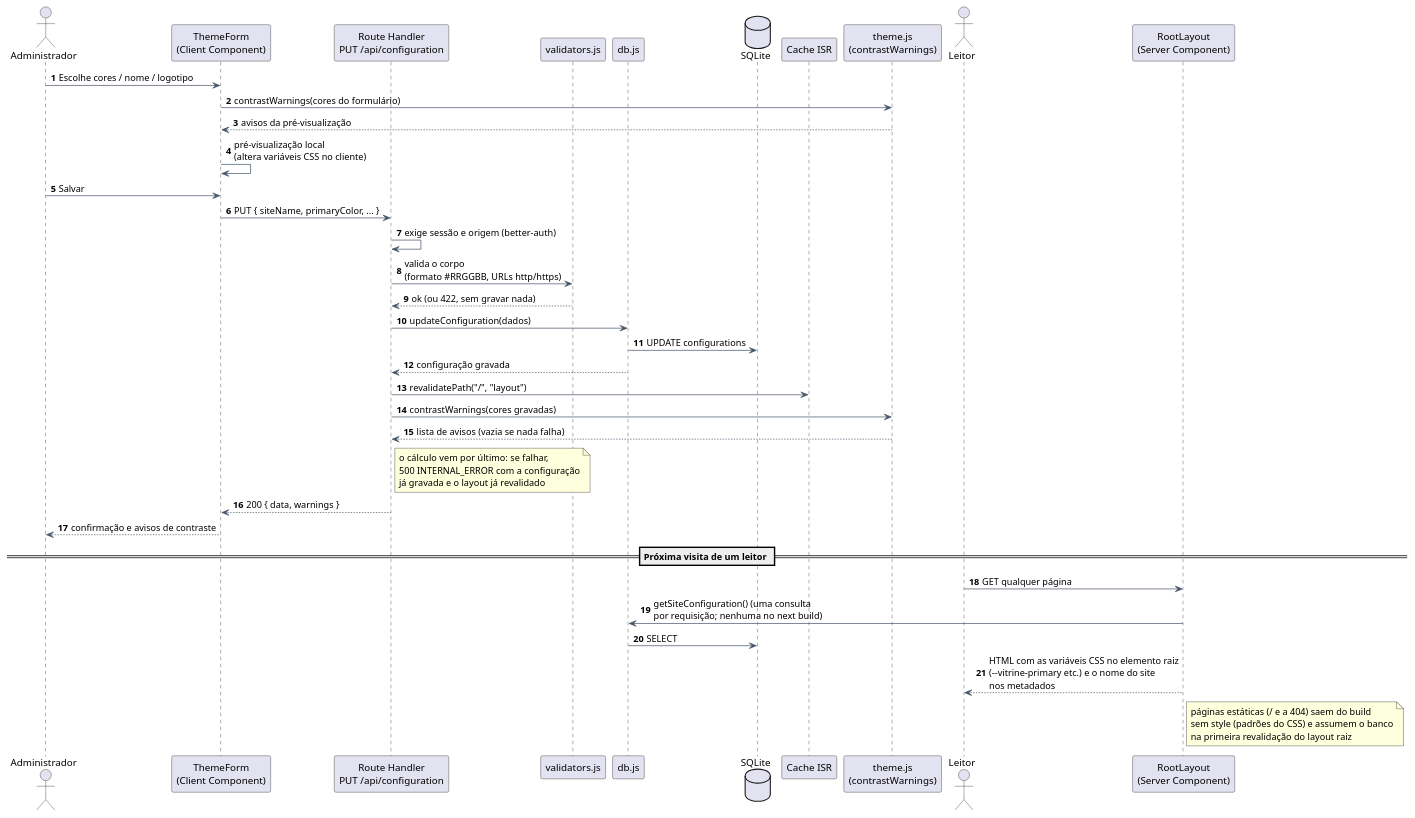
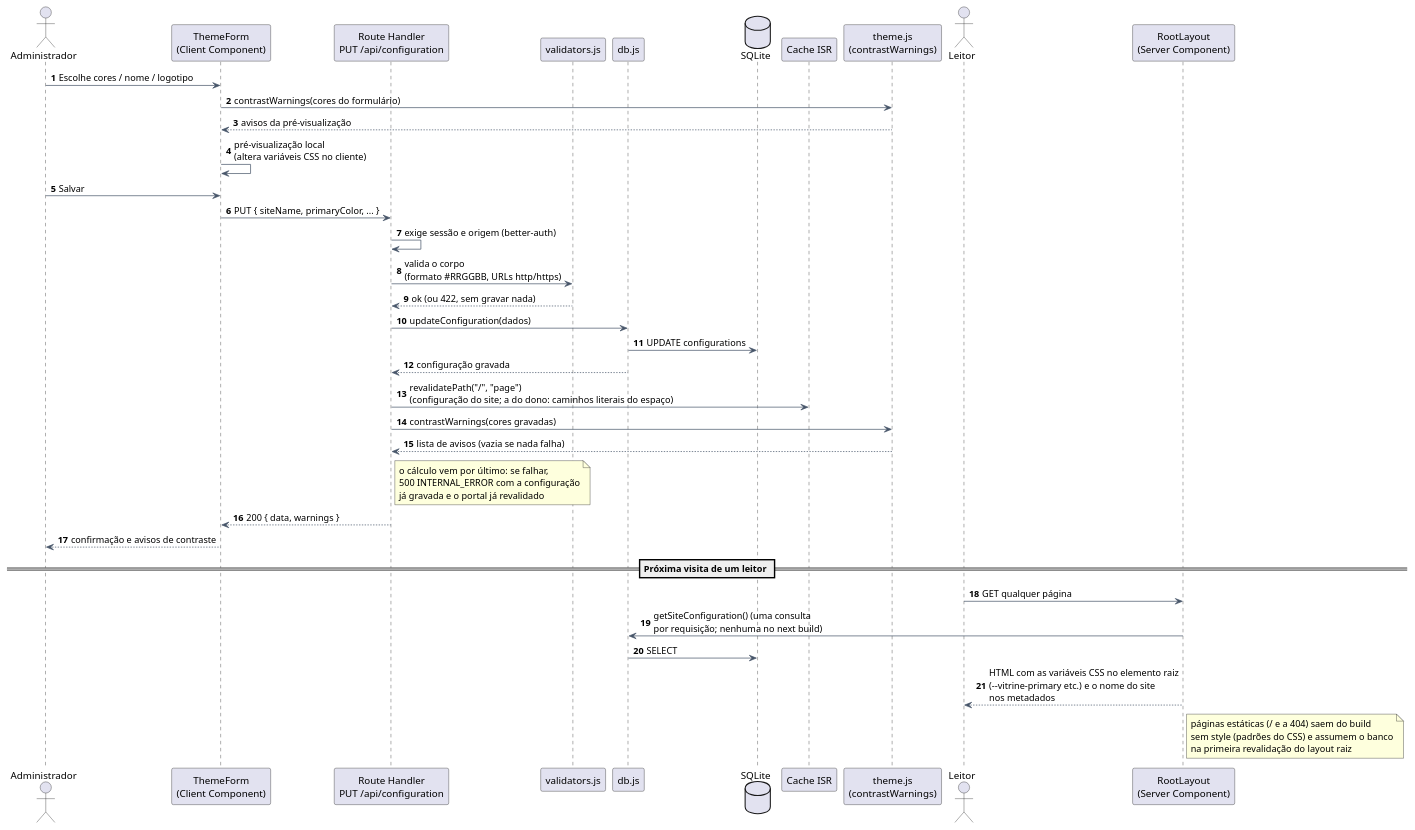
Before and after one commit to fromcaio/vitrine: the diagram in doc/diagrams/src/seq-personalizacao-tema.puml, drawn with PlantUML. The commit also changed 8 other files, not shown here.

First line of the commit message:
docs(cap5,cap6,cap7,adr): reconcilia a moderação, as notificações e a revalidação por espaço (M-015)

```diff
--- a/doc/diagrams/src/seq-personalizacao-tema.puml
+++ b/doc/diagrams/src/seq-personalizacao-tema.puml
@@ -1,51 +1,51 @@
 @startuml seq-personalizacao-tema
 ' ===========================================================================
 ' Vitrine - Sequência: personalização visual (identidade e paleta de cores)
 ' Figura: fig:seq-personalizacao-tema (doc/tex/capitulos/cap5_arquitetura.tex)
 ' Mecanismo: cores persistidas em "configurations" viram variáveis CSS no <html>;
 ' utilitários Tailwind leem var(--...), logo não há novo build.
 ' ===========================================================================
 skinparam shadowing false
 skinparam defaultFontName Arial
 skinparam ArrowColor #475569
 skinparam sequenceMessageAlign left
 autonumber
 
 actor "Administrador" as Admin
 participant "ThemeForm\n(Client Component)" as Form
 participant "Route Handler\nPUT /api/configuration" as Api
 participant "validators.js" as Val
 participant "db.js" as DB
 database "SQLite" as Sql
 participant "Cache ISR" as Cache
 participant "theme.js\n(contrastWarnings)" as Theme
 actor "Leitor" as Leitor
 participant "RootLayout\n(Server Component)" as Layout
 
 Admin -> Form : Escolhe cores / nome / logotipo
 Form -> Theme : contrastWarnings(cores do formulário)
 Theme --> Form : avisos da pré-visualização
 Form -> Form : pré-visualização local\n(altera variáveis CSS no cliente)
 Admin -> Form : Salvar
 Form -> Api : PUT { siteName, primaryColor, ... }
 Api -> Api : exige sessão e origem (better-auth)
 Api -> Val : valida o corpo\n(formato #RRGGBB, URLs http/https)
 Val --> Api : ok (ou 422, sem gravar nada)
 Api -> DB : updateConfiguration(dados)
 DB -> Sql : UPDATE configurations
 DB --> Api : configuração gravada
-Api -> Cache : revalidatePath("/", "layout")
+Api -> Cache : revalidatePath("/", "page")\n(configuração do site; a do dono: caminhos literais do espaço)
 Api -> Theme : contrastWarnings(cores gravadas)
 Theme --> Api : lista de avisos (vazia se nada falha)
-note right of Api : o cálculo vem por último: se falhar,\n500 INTERNAL_ERROR com a configuração\njá gravada e o layout já revalidado
+note right of Api : o cálculo vem por último: se falhar,\n500 INTERNAL_ERROR com a configuração\njá gravada e o portal já revalidado
 Api --> Form : 200 { data, warnings }
 Form --> Admin : confirmação e avisos de contraste
 
 == Próxima visita de um leitor ==
 
 Leitor -> Layout : GET qualquer página
 Layout -> DB : getSiteConfiguration() (uma consulta\npor requisição; nenhuma no next build)
 DB -> Sql : SELECT
 Layout --> Leitor : HTML com as variáveis CSS no elemento raiz\n(--vitrine-primary etc.) e o nome do site\nnos metadados
 note right of Layout : páginas estáticas (/ e a 404) saem do build\nsem style (padrões do CSS) e assumem o banco\nna primeira revalidação do layout raiz
 @enduml
```
